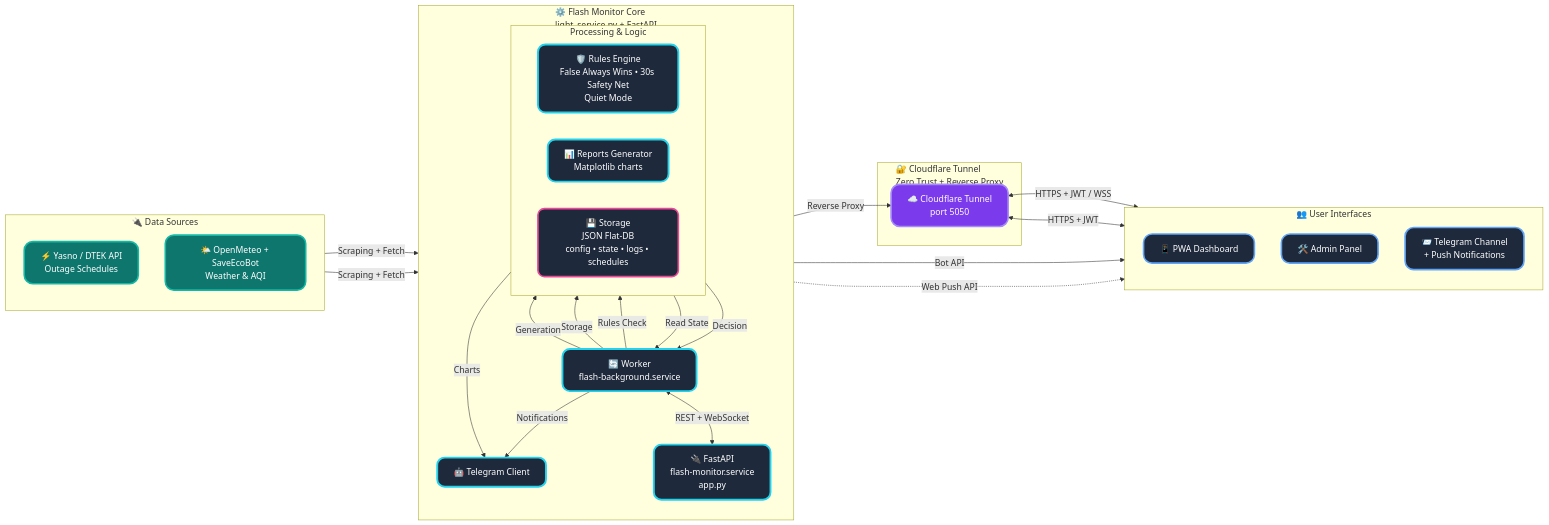
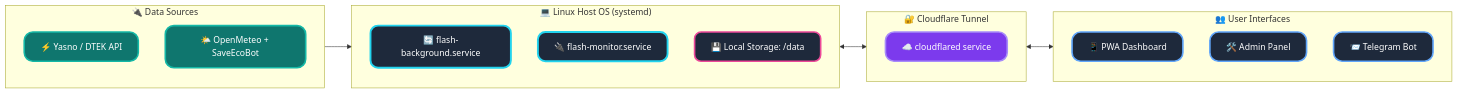
One commit to weby-homelab/flash-monitor-kyiv changed the diagram in README_ENG.md. Above: the diagram before and after it, drawn with Mermaid. The commit also changed other lines of this file and 1 other file, not shown here.

````diff
--- a/README_ENG.md
+++ b/README_ENG.md
@@ -109,78 +63,36 @@
 ```mermaid
 flowchart LR
-    %% ================================================
-    %% NEW CONCEPT 2026 for README.md
-    %% "End-to-End Pipeline" — dynamic data flow
-    %% Horizontal pipeline with clear direction
-    %% Clean, modern, easy to read in GitHub (dark/light themes)
-    %% ================================================
-
     classDef external fill:#0f766e,stroke:#14b8a6,stroke-width:3px,color:#fff,rx:16px,ry:16px
     classDef core fill:#1e293b,stroke:#22d3ee,stroke-width:3.5px,color:#fff,rx:14px,ry:14px
     classDef gateway fill:#7c3aed,stroke:#a78bfa,stroke-width:3px,color:#fff,rx:16px,ry:16px
     classDef client fill:#1e293b,stroke:#60a5fa,stroke-width:3px,color:#fff,rx:16px,ry:16px
     classDef db fill:#1e293b,stroke:#ec4899,stroke-width:3px,color:#fff,rx:12px,ry:12px
 
-    %% ====================== LEFT SIDE: DATA SOURCES ======================
     subgraph External ["🔌 Data Sources"]
         direction TB
-        Energy["⚡ Yasno / DTEK API<br>Outage Schedules"]:::external
-        Meteo["🌤️ OpenMeteo + SaveEcoBot<br>Weather & AQI"]:::external
+        Energy["⚡ Yasno / DTEK API"]:::external
+        Meteo["🌤️ OpenMeteo + SaveEcoBot"]:::external
     end
 
-    %% ====================== CENTER: CORE PIPELINE ======================
-    subgraph Core ["⚙️ Flash Monitor Core<br>light_service.py + FastAPI"]
+    subgraph Host ["💻 Linux Host OS (systemd)"]
         direction TB
-
-        Worker["🔄 Worker<br>flash-background.service"]:::core
-
-        subgraph Processing ["Processing & Logic"]
-            direction LR
-            Rules["🛡️ Rules Engine<br>False Always Wins • 30s Safety Net<br>Quiet Mode"]:::core
-            Reports["📊 Reports Generator<br>Matplotlib charts"]:::core
-            Storage["💾 Storage<br>JSON Flat-DB<br>config • state • logs • schedules"]:::db
-        end
-
-        API["🔌 FastAPI<br>flash-monitor.service<br>app.py"]:::core
-        TgClient["🤖 Telegram Client"]:::core
+        Worker["🔄 flash-background.service"]:::core
+        API["🔌 flash-monitor.service"]:::core
+        Storage["💾 Local Storage: /data"]:::db
     end
 
-    %% ====================== GATEWAY ======================
-    subgraph Gateway ["🔐 Cloudflare Tunnel<br>Zero Trust + Reverse Proxy"]
-        CF["☁️ Cloudflare Tunnel<br>port 5050"]:::gateway
+    subgraph Gateway ["🔐 Cloudflare Tunnel"]
+        CF["☁️ cloudflared service"]:::gateway
     end
 
-    %% ====================== RIGHT SIDE: CLIENTS ======================
     subgraph Clients ["👥 User Interfaces"]
         direction TB
         PWA["📱 PWA Dashboard"]:::client
         Admin["🛠️ Admin Panel"]:::client
-        Telegram["📨 Telegram Channel<br>+ Push Notifications"]:::client
+        Telegram["📨 Telegram Bot"]:::client
     end
 
-    %% ====================== DATA FLOW (Main Trunk) ======================
-    Energy & Meteo -->|Scraping + Fetch| Worker
-
-    Worker -->|Rules Check| Rules
-    Rules -->|Decision| Worker
-
-    Worker -->|Storage| Storage
-    Storage -->|Read State| Worker
-
-    Worker -->|Generation| Reports
-    Worker -->|Notifications| TgClient
-    Reports -->|Charts| TgClient
-
-    Worker <-->|REST + WebSocket| API
-
-    API -->|Reverse Proxy| CF
-    CF <-->|HTTPS + JWT / WSS| PWA
-    CF <-->|HTTPS + JWT| Admin
-    TgClient -->|Bot API| Telegram
-
-    %% Additional push notifications
-    API -.->|Web Push API| PWA
-
-    %% ====================== Subgraph Title Style ======================
-    classDef subgraphTitle fill:#0f172a,stroke:none,color:#64748b,font-size:15px
+    External --> Host
+    Host <--> Gateway
+    Gateway <--> Clients
 ```
````
